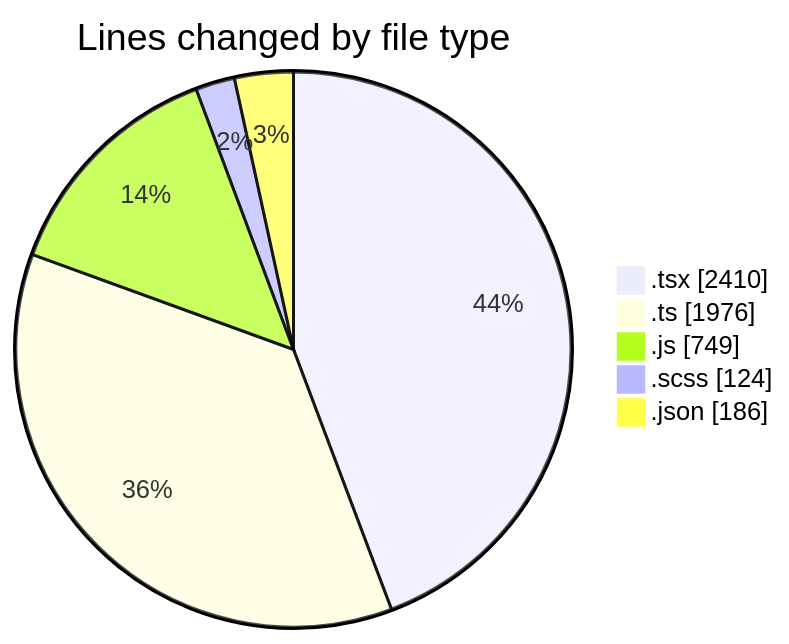
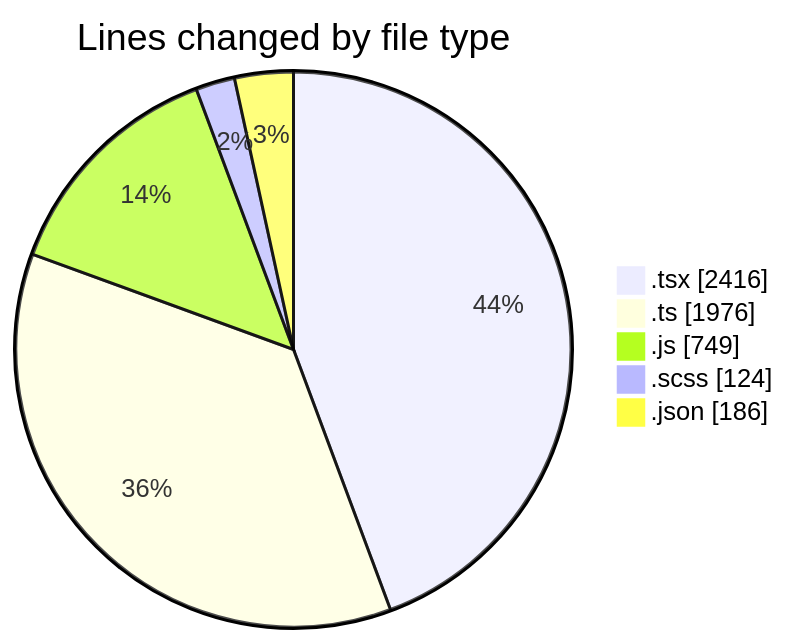
One commit to momahboobian/code-tracking changed the first of 2 diagrams in 2026-06-11/cda/README.md. Above: the diagram before and after it, drawn with Mermaid. The commit also changed other lines of this file and 1 other file, not shown here.

````diff
--- a/2026-06-11/cda/README.md
+++ b/2026-06-11/cda/README.md
@@ -54,9 +54,9 @@
 ```mermaid
 pie showData
 title Lines changed by file type
-".tsx" : 2410
+".tsx" : 2416
 ".ts" : 1976
 ".js" : 749
 ".scss" : 124
 ".json" : 186
 ```
````
